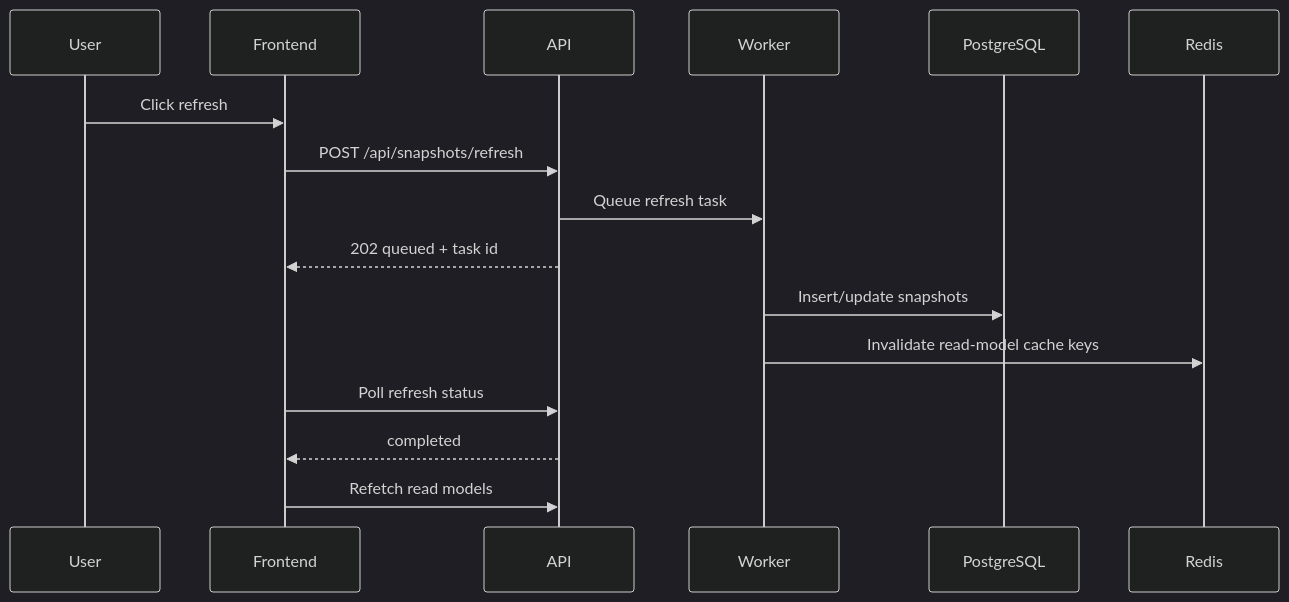
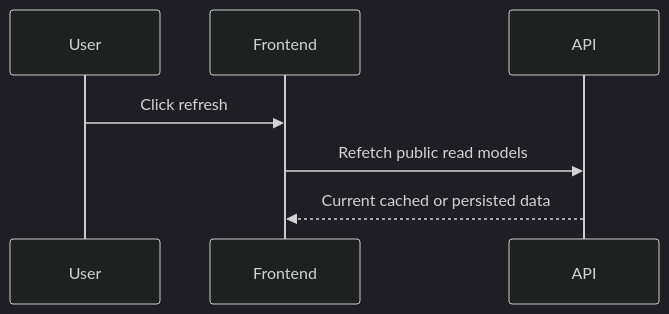
Before and after one commit to kabaskill/droplet: the second of 2 diagrams in docs/usage.md, drawn with Mermaid (dark theme). The commit also changed other lines of this file and 40 other files, not shown here.

````diff
--- a/docs/usage.md
+++ b/docs/usage.md
@@ -99,19 +98,9 @@
 ```mermaid
 sequenceDiagram
   participant User
   participant Frontend
   participant API
-  participant Worker
-  participant DB as PostgreSQL
-  participant Redis
-
   User->>Frontend: Click refresh
-  Frontend->>API: POST /api/snapshots/refresh
-  API->>Worker: Queue refresh task
-  API-->>Frontend: 202 queued + task id
-  Worker->>DB: Insert/update snapshots
-  Worker->>Redis: Invalidate read-model cache keys
-  Frontend->>API: Poll refresh status
-  API-->>Frontend: completed
-  Frontend->>API: Refetch read models
+  Frontend->>API: Refetch public read models
+  API-->>Frontend: Current cached or persisted data
 ```
````
